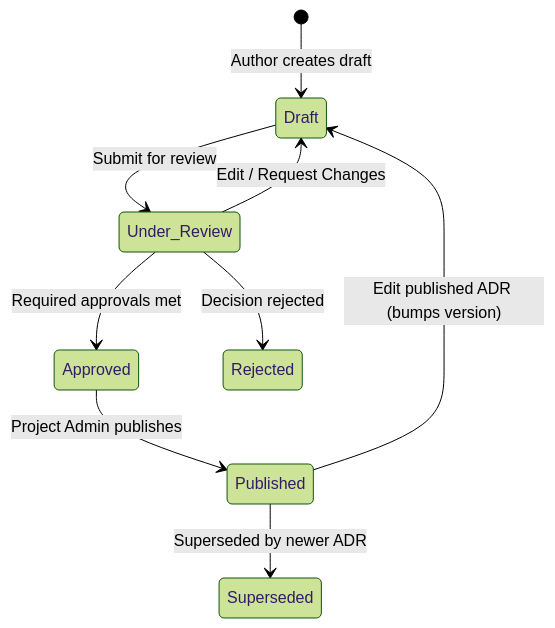
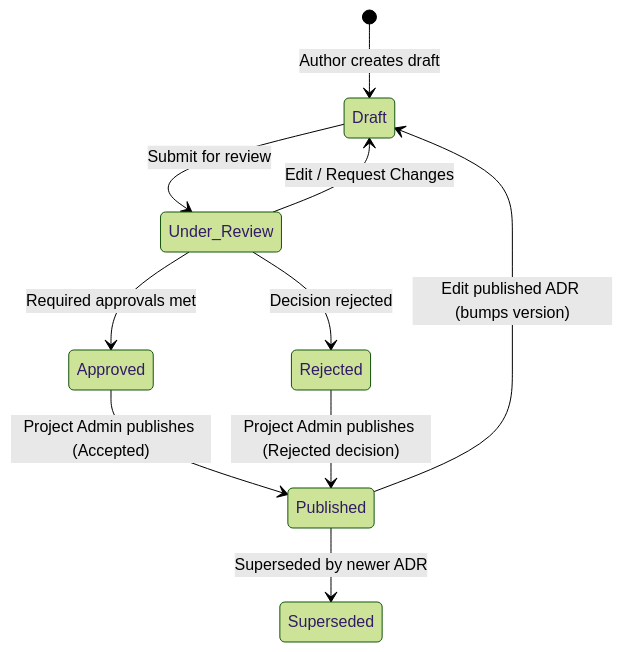
One commit to likhithkanigolla/decyra changed the diagram in docs/USER_MANUAL.md. Above: the diagram before and after it, drawn with Mermaid (forest theme). The commit also changed other lines of this file and 11 other files, not shown here.

````diff
--- a/docs/USER_MANUAL.md
+++ b/docs/USER_MANUAL.md
@@ -197,11 +197,12 @@
 ```mermaid
 stateDiagram-v2
     [*] --> Draft: Author creates draft
     Draft --> Under_Review: Submit for review
     Under_Review --> Draft: Edit / Request Changes
     Under_Review --> Approved: Required approvals met
-    Approved --> Published: Project Admin publishes
+    Approved --> Published: Project Admin publishes (Accepted)
+    Under_Review --> Rejected: Decision rejected
+    Rejected --> Published: Project Admin publishes (Rejected decision)
     Published --> Draft: Edit published ADR (bumps version)
-    Under_Review --> Rejected: Decision rejected
     Published --> Superseded: Superseded by newer ADR
 ```
````
